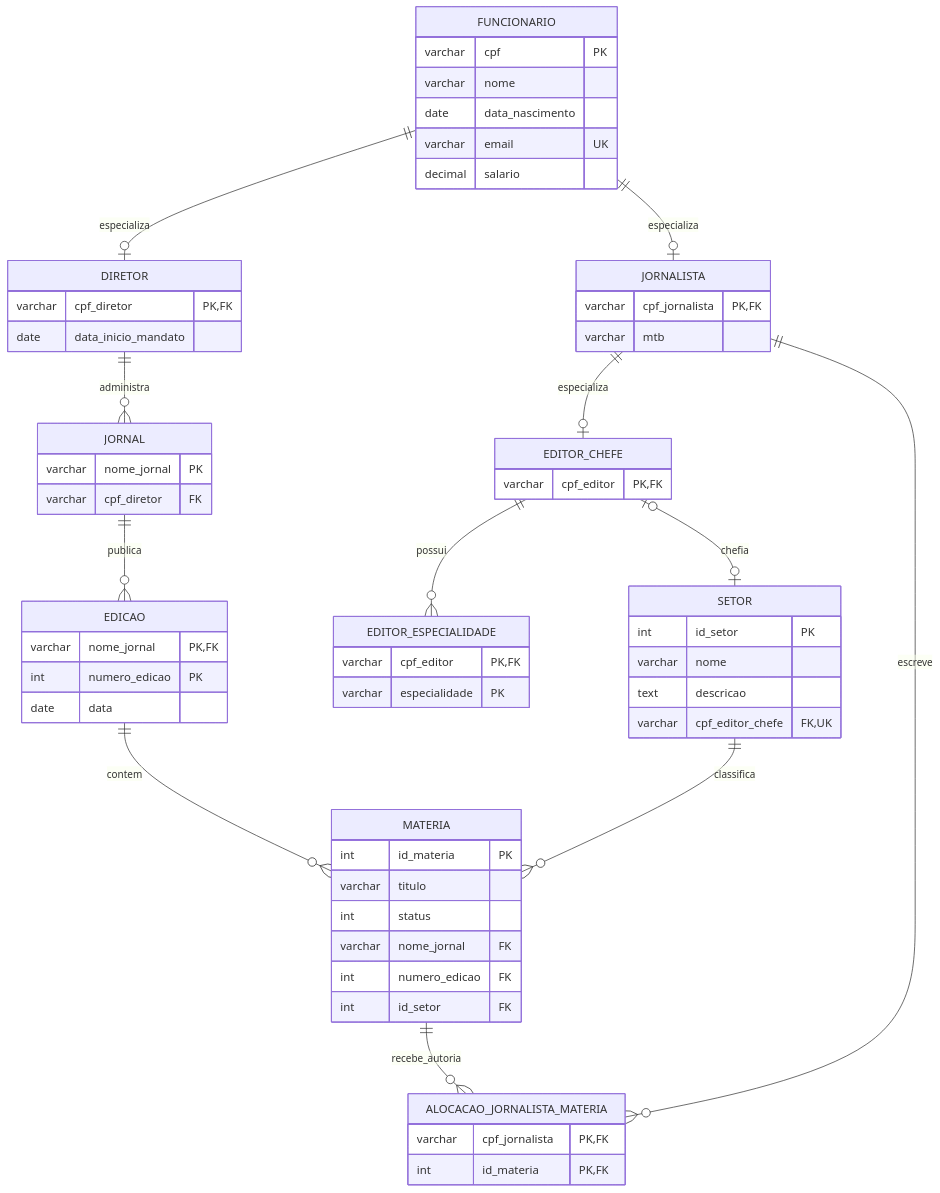
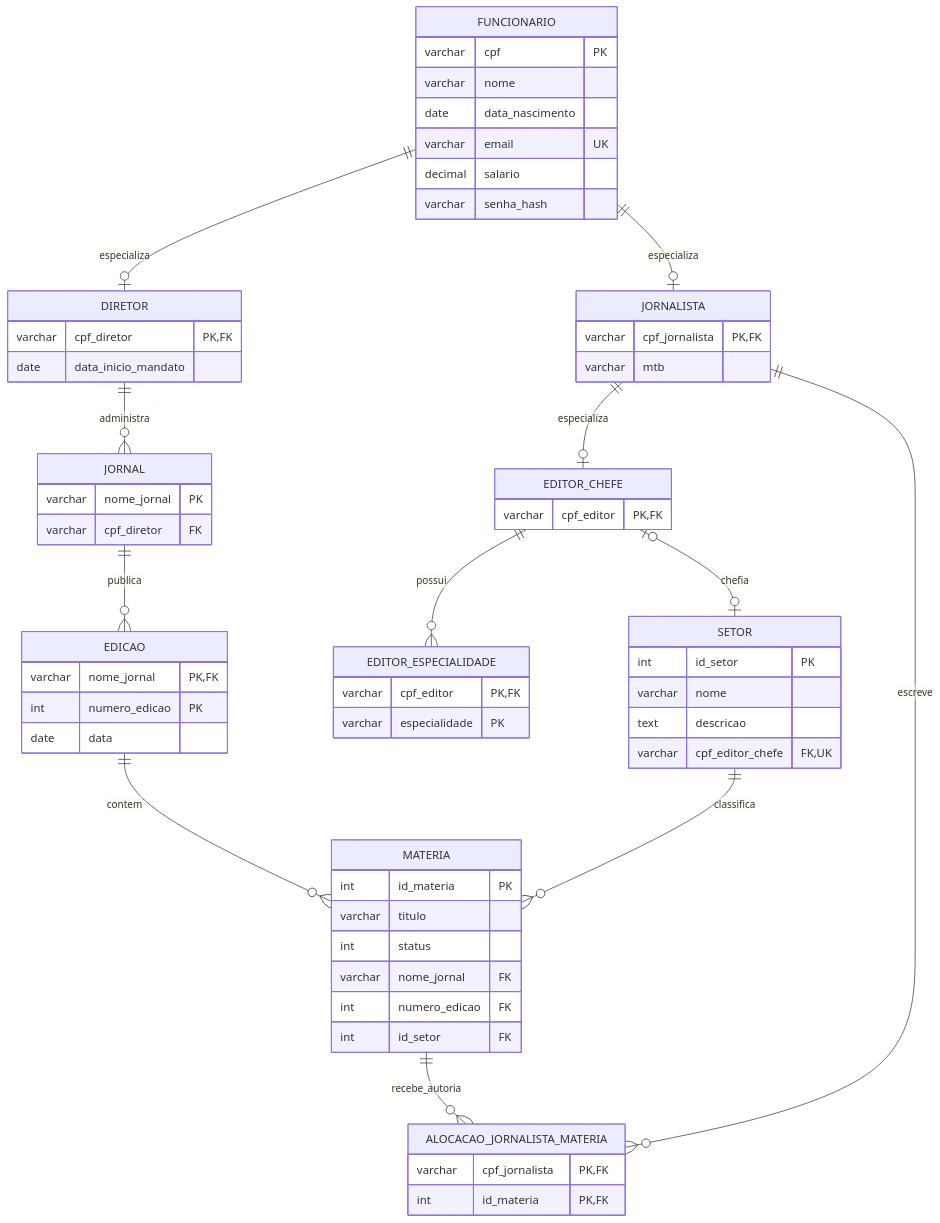
Before and after one commit to Felifelps/EditoraBD: the diagram in README.md, drawn with Mermaid. The commit also changed other lines of this file, not shown here.

Commit message:
fix: add missing senha_hash column to data dictionary

````diff
--- a/README.md
+++ b/README.md
@@ -174,64 +174,65 @@
 ```mermaid
 erDiagram
     FUNCIONARIO ||--o| DIRETOR : especializa
     FUNCIONARIO ||--o| JORNALISTA : especializa
     JORNALISTA ||--o| EDITOR_CHEFE : especializa
     EDITOR_CHEFE ||--o{ EDITOR_ESPECIALIDADE : possui
     DIRETOR ||--o{ JORNAL : administra
     JORNAL ||--o{ EDICAO : publica
     EDITOR_CHEFE |o--o| SETOR : chefia
     EDICAO ||--o{ MATERIA : contem
     SETOR ||--o{ MATERIA : classifica
     JORNALISTA ||--o{ ALOCACAO_JORNALISTA_MATERIA : escreve
     MATERIA ||--o{ ALOCACAO_JORNALISTA_MATERIA : recebe_autoria
 
     FUNCIONARIO {
         varchar cpf PK
         varchar nome
         date data_nascimento
         varchar email UK
         decimal salario
+        varchar senha_hash
     }
     DIRETOR {
         varchar cpf_diretor PK, FK
         date data_inicio_mandato
     }
     JORNALISTA {
         varchar cpf_jornalista PK, FK
         varchar mtb
     }
     EDITOR_CHEFE {
         varchar cpf_editor PK, FK
     }
     EDITOR_ESPECIALIDADE {
         varchar cpf_editor PK, FK
         varchar especialidade PK
     }
     JORNAL {
         varchar nome_jornal PK
         varchar cpf_diretor FK
     }
     EDICAO {
         varchar nome_jornal PK, FK
         int numero_edicao PK
         date data
     }
     SETOR {
         int id_setor PK
         varchar nome
         text descricao
         varchar cpf_editor_chefe FK, UK
     }
     MATERIA {
         int id_materia PK
         varchar titulo
         int status
         varchar nome_jornal FK
         int numero_edicao FK
         int id_setor FK
     }
     ALOCACAO_JORNALISTA_MATERIA {
         varchar cpf_jornalista PK, FK
         int id_materia PK, FK
     }
 ```
````
